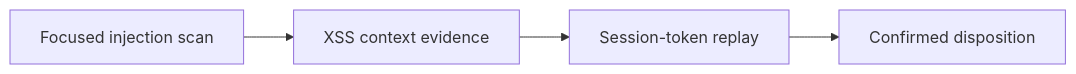
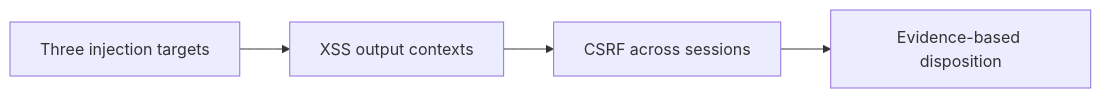
The diagram in demos/module1-demos/m1-demo1-targeted-injection-xss-csrf/README.md (rupeshtiwari/pluralsight-script-development-with-zap), drawn with Mermaid before and after one commit. The commit also changed other lines of this file and 30 other files, not shown here.

Commit message:
feat: streamline learner demos, centralize preflight, generate evidence-based production HTML

````diff
--- a/demos/module1-demos/m1-demo1-targeted-injection-xss-csrf/README.md
+++ b/demos/module1-demos/m1-demo1-targeted-injection-xss-csrf/README.md
@@ -30,8 +32,10 @@
 ```mermaid
 flowchart LR
-  N0["Focused injection scan"]
-  N1["XSS context evidence"]
-  N2["Session-token replay"]
-  N3["Confirmed disposition"]
-  N0 --> N1 --> N2 --> N3
+  S1["Three injection targets"]
+  S2["XSS output contexts"]
+  S3["CSRF across sessions"]
+  S4["Evidence-based disposition"]
+  S1 --> S2
+  S2 --> S3
+  S3 --> S4
 ```
````
